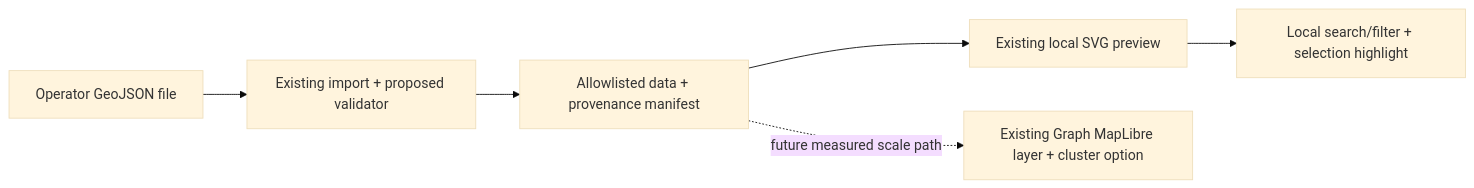
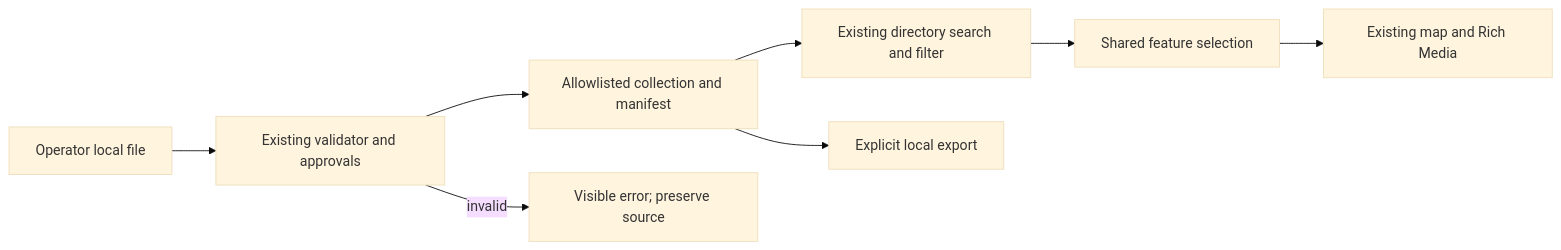
The first of 2 diagrams in undocumented-draft/prd-tad-adr-mvp-gtm-geostack.md (huijoohwee/joohwee), drawn with Mermaid (base theme) before and after one commit. The commit also changed other lines of this file and 4 other files, not shown here.

First line of the commit message:
docs: consolidate geo contracts and verified source recovery (#43)

````diff
--- a/undocumented-draft/prd-tad-adr-mvp-gtm-geostack.md
+++ b/undocumented-draft/prd-tad-adr-mvp-gtm-geostack.md
@@ -197,8 +114,10 @@
 ```mermaid
 flowchart LR
-  F["Operator GeoJSON file"] --> I["Existing import + proposed validator"]
-  I --> M["Allowlisted data + provenance manifest"]
-  M --> S["Existing local SVG preview"]
-  M -. future measured scale path .-> W["Existing Graph MapLibre layer + cluster option"]
-  S --> Q["Local search/filter + selection highlight"]
+  F[Operator local file] --> V[Existing validator and approvals]
+  V --> D[Allowlisted collection and manifest]
+  D --> Q[Existing directory search and filter]
+  Q --> S[Shared feature selection]
+  S --> M[Existing map and Rich Media]
+  D --> E[Explicit local export]
+  V -->|invalid| X[Visible error; preserve source]
 ```
````
